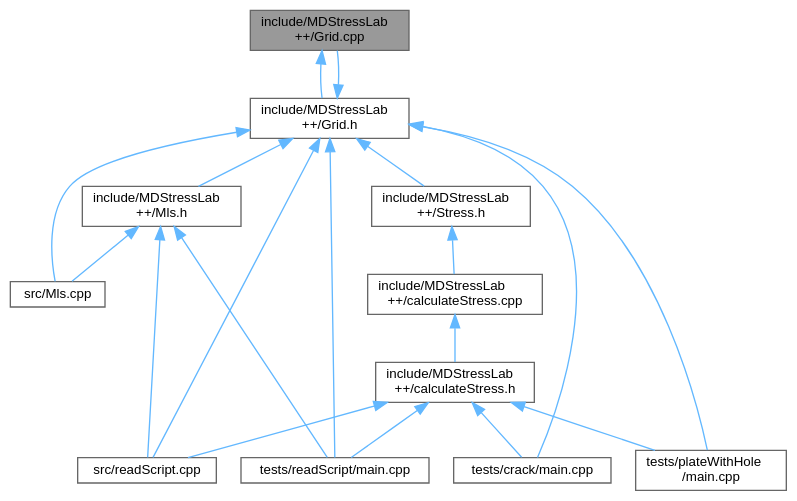
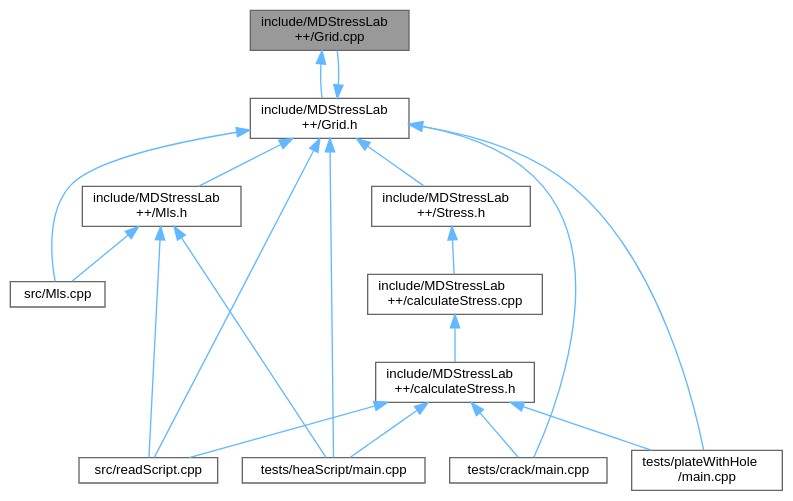
Before and after one commit to nikhil-admal/mdstresslab: the diagram in Grid_8cpp__dep__incl.dot, drawn with Graphviz. The commit also changed 110 other files, not shown here.

```diff
--- a/Grid_8cpp__dep__incl.dot
+++ b/Grid_8cpp__dep__incl.dot
@@ -1,36 +1,36 @@
 digraph "include/MDStressLab++/Grid.cpp"
 {
  // LATEX_PDF_SIZE
   bgcolor="transparent";
   edge [fontname=Helvetica,fontsize=10,labelfontname=Helvetica,labelfontsize=10];
   node [fontname=Helvetica,fontsize=10,shape=box,height=0.2,width=0.4];
   Node1 [id="Node000001",label="include/MDStressLab\l++/Grid.cpp",height=0.2,width=0.4,color="gray40", fillcolor="grey60", style="filled", fontcolor="black",tooltip=" "];
   Node1 -> Node2 [id="edge1_Node000001_Node000002",dir="back",color="steelblue1",style="solid",tooltip=" "];
   Node2 [id="Node000002",label="include/MDStressLab\l++/Grid.h",height=0.2,width=0.4,color="grey40", fillcolor="white", style="filled",URL="$Grid_8h.html",tooltip=" "];
   Node2 -> Node1 [id="edge2_Node000002_Node000001",dir="back",color="steelblue1",style="solid",tooltip=" "];
   Node2 -> Node3 [id="edge3_Node000002_Node000003",dir="back",color="steelblue1",style="solid",tooltip=" "];
   Node3 [id="Node000003",label="include/MDStressLab\l++/Mls.h",height=0.2,width=0.4,color="grey40", fillcolor="white", style="filled",URL="$Mls_8h.html",tooltip=" "];
   Node3 -> Node4 [id="edge4_Node000003_Node000004",dir="back",color="steelblue1",style="solid",tooltip=" "];
   Node4 [id="Node000004",label="src/Mls.cpp",height=0.2,width=0.4,color="grey40", fillcolor="white", style="filled",URL="$Mls_8cpp.html",tooltip=" "];
   Node3 -> Node5 [id="edge5_Node000003_Node000005",dir="back",color="steelblue1",style="solid",tooltip=" "];
   Node5 [id="Node000005",label="src/readScript.cpp",height=0.2,width=0.4,color="grey40", fillcolor="white", style="filled",URL="$readScript_8cpp.html",tooltip=" "];
   Node3 -> Node6 [id="edge6_Node000003_Node000006",dir="back",color="steelblue1",style="solid",tooltip=" "];
-  Node6 [id="Node000006",label="tests/readScript/main.cpp",height=0.2,width=0.4,color="grey40", fillcolor="white", style="filled",URL="$readScript_2main_8cpp.html",tooltip=" "];
+  Node6 [id="Node000006",label="tests/heaScript/main.cpp",height=0.2,width=0.4,color="grey40", fillcolor="white", style="filled",URL="$heaScript_2main_8cpp.html",tooltip=" "];
   Node2 -> Node7 [id="edge7_Node000002_Node000007",dir="back",color="steelblue1",style="solid",tooltip=" "];
   Node7 [id="Node000007",label="include/MDStressLab\l++/Stress.h",height=0.2,width=0.4,color="grey40", fillcolor="white", style="filled",URL="$Stress_8h.html",tooltip=" "];
   Node7 -> Node8 [id="edge8_Node000007_Node000008",dir="back",color="steelblue1",style="solid",tooltip=" "];
   Node8 [id="Node000008",label="include/MDStressLab\l++/calculateStress.cpp",height=0.2,width=0.4,color="grey40", fillcolor="white", style="filled",URL="$calculateStress_8cpp.html",tooltip=" "];
   Node8 -> Node9 [id="edge9_Node000008_Node000009",dir="back",color="steelblue1",style="solid",tooltip=" "];
   Node9 [id="Node000009",label="include/MDStressLab\l++/calculateStress.h",height=0.2,width=0.4,color="grey40", fillcolor="white", style="filled",URL="$calculateStress_8h.html",tooltip=" "];
   Node9 -> Node5 [id="edge10_Node000009_Node000005",dir="back",color="steelblue1",style="solid",tooltip=" "];
   Node9 -> Node10 [id="edge11_Node000009_Node000010",dir="back",color="steelblue1",style="solid",tooltip=" "];
   Node10 [id="Node000010",label="tests/crack/main.cpp",height=0.2,width=0.4,color="grey40", fillcolor="white", style="filled",URL="$crack_2main_8cpp.html",tooltip=" "];
-  Node9 -> Node11 [id="edge12_Node000009_Node000011",dir="back",color="steelblue1",style="solid",tooltip=" "];
+  Node9 -> Node6 [id="edge12_Node000009_Node000006",dir="back",color="steelblue1",style="solid",tooltip=" "];
+  Node9 -> Node11 [id="edge13_Node000009_Node000011",dir="back",color="steelblue1",style="solid",tooltip=" "];
   Node11 [id="Node000011",label="tests/plateWithHole\l/main.cpp",height=0.2,width=0.4,color="grey40", fillcolor="white", style="filled",URL="$plateWithHole_2main_8cpp.html",tooltip=" "];
-  Node9 -> Node6 [id="edge13_Node000009_Node000006",dir="back",color="steelblue1",style="solid",tooltip=" "];
   Node2 -> Node4 [id="edge14_Node000002_Node000004",dir="back",color="steelblue1",style="solid",tooltip=" "];
   Node2 -> Node5 [id="edge15_Node000002_Node000005",dir="back",color="steelblue1",style="solid",tooltip=" "];
   Node2 -> Node10 [id="edge16_Node000002_Node000010",dir="back",color="steelblue1",style="solid",tooltip=" "];
-  Node2 -> Node11 [id="edge17_Node000002_Node000011",dir="back",color="steelblue1",style="solid",tooltip=" "];
-  Node2 -> Node6 [id="edge18_Node000002_Node000006",dir="back",color="steelblue1",style="solid",tooltip=" "];
+  Node2 -> Node6 [id="edge17_Node000002_Node000006",dir="back",color="steelblue1",style="solid",tooltip=" "];
+  Node2 -> Node11 [id="edge18_Node000002_Node000011",dir="back",color="steelblue1",style="solid",tooltip=" "];
 }
```
